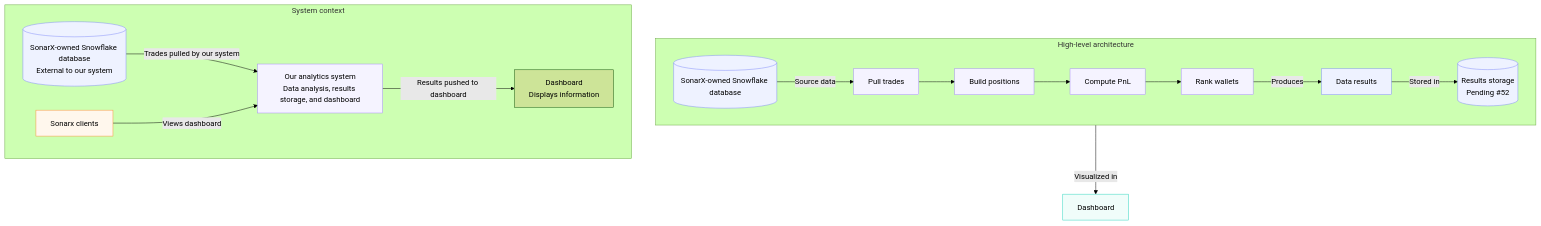
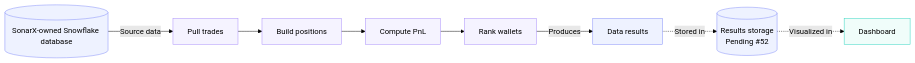
The first of 2 diagrams in docs/design/architecture.md (Bryancostco/CPSC490-G04-EpicEngineers), drawn with Mermaid (forest theme) before and after one commit. The commit also changed other lines of this file and 1 other file, not shown here.

Commit message:
Revision of architencture.md to fit 6 design

````diff
--- a/docs/design/architecture.md
+++ b/docs/design/architecture.md
@@ -3,53 +11,23 @@
-```mermaid 
+```mermaid
+flowchart LR
+  DB[("SonarX-owned Snowflake database")] -->|Source data| Analysis["Pull trades"]
+  Analysis --> Positions["Build positions"]
+  Positions --> PnL["Compute PnL"]
+  PnL --> Ranking["Rank wallets"]
+  Ranking -->|Produces| Results["Data results"]
+  Results -.->|Stored in| Storage[("Results storage<br>Pending #52")]
+  Storage -.->|Visualized in| Dashboard["Dashboard"]
 
+  DB:::data
+  Results:::data
+  Storage:::data
+  Analysis:::processing
+  Positions:::processing
+  PnL:::processing
+  Ranking:::processing
+  Dashboard:::presentation
 
-flowchart TB
-  %% High-Level Archiecture Diagram: Figure 1. Data Flow Visualization
- subgraph architecture["High-level architecture"]
-    direction LR
-        DB[("SonarX-owned Snowflake database")]
-        Analysis["Pull trades"]
-        Positions["Build positions"]
-        PnL["Compute PnL"]
-        Ranking["Rank wallets"]
-        Results["Data results"]
-        Storage[("Results storage<br>Pending #52")]
-  end
-
-  %% System Context Diagram: Figure 2. Dashboard user workflow, display of dashboard
- subgraph context["System context"]
-    direction LR
-        SonarxDB[("SonarX-owned Snowflake database<br>External to our system")]
-        System["Our analytics system<br>Data analysis, results storage, and dashboard"]
-        User["Sonarx clients"]
-        SystemDashboard["Dashboard<br>Displays information"]
-  end
-    DB -- Source data --> Analysis
-    Analysis --> Positions
-    Positions --> PnL
-    PnL --> Ranking
-    Ranking -- Produces --> Results
-    Results -- Stored in --> Storage
-    Storage -- Visualized in --> Dashboard["Dashboard"]
-    SonarxDB -- Trades pulled by our system --> System
-    User -- Views dashboard --> System
-    System L_System_SystemDashboard_0@-- Results pushed to dashboard --> SystemDashboard
-
-     DB:::data
-     Analysis:::processing
-     Positions:::processing
-     PnL:::processing
-     Ranking:::processing
-     Results:::data
-     Storage:::data
-     SonarxDB:::data
-     System:::processing
-     User:::actor
-     Dashboard:::presentation
-    classDef data fill:#eef2ff,stroke:#818cf8
-    classDef processing fill:#f5f3ff,stroke:#a78bfa
-    classDef presentation fill:#f0fdfa,stroke:#2dd4bf
-    classDef actor fill:#fff7ed,stroke:#fb923c
-
-    L_System_SystemDashboard_0@{ curve: linear }
+  classDef data fill:#eef2ff,stroke:#818cf8
+  classDef processing fill:#f5f3ff,stroke:#a78bfa
+  classDef presentation fill:#f0fdfa,stroke:#2dd4bf
 ```
````
